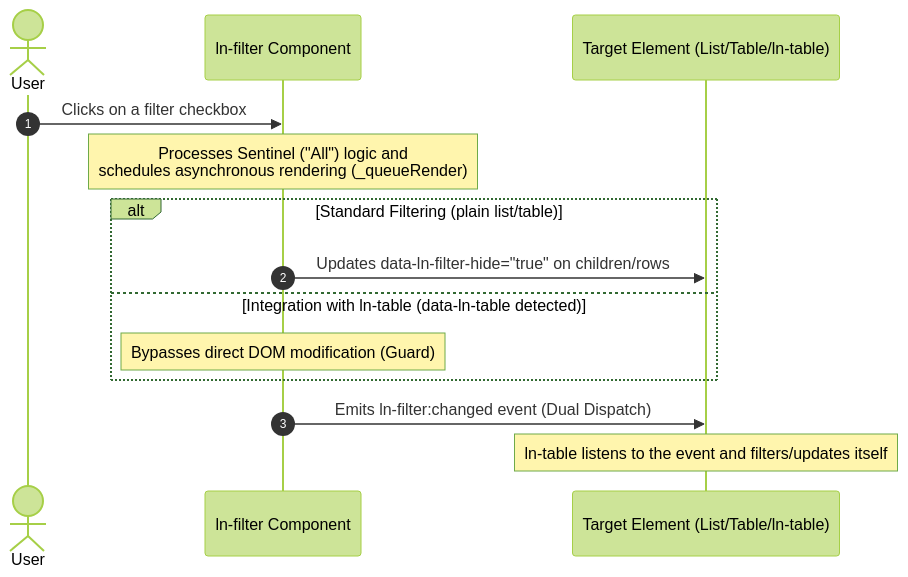
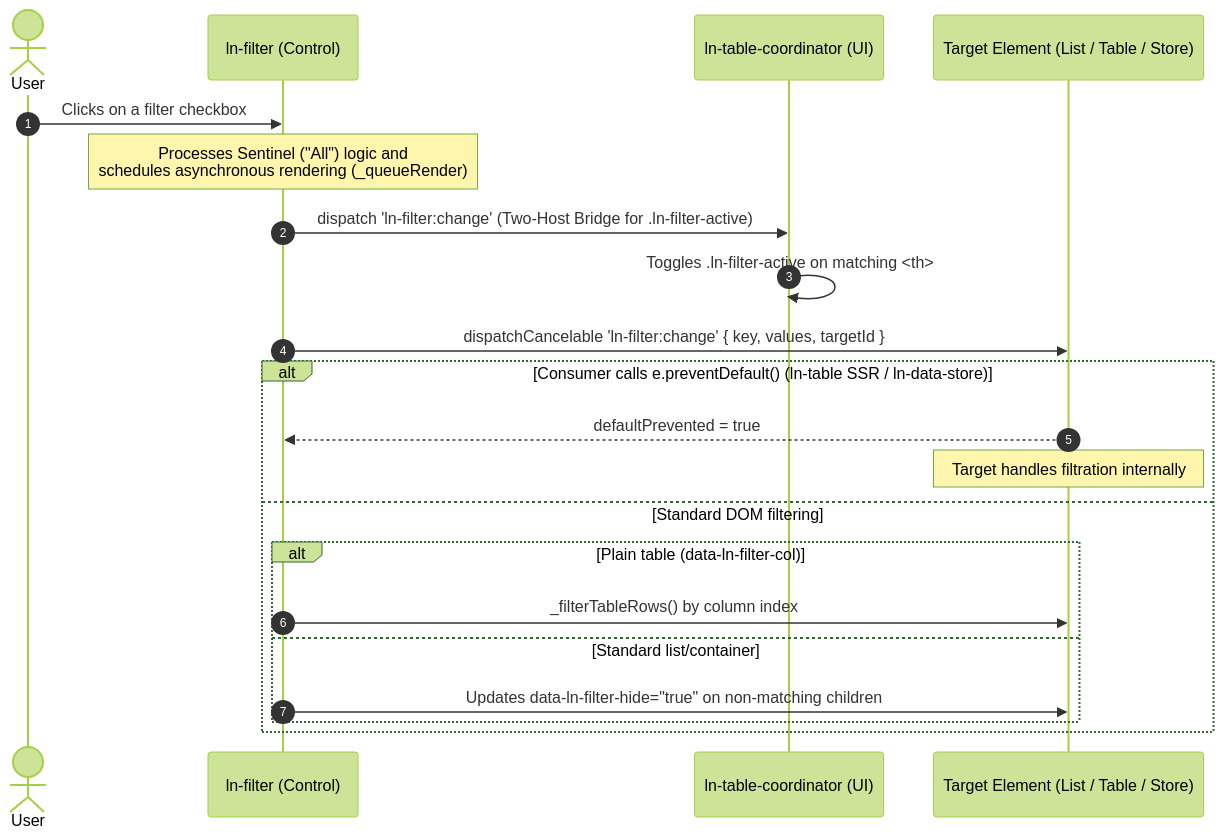
One commit to livenetworks/ln-ashlar changed the diagram in docs-mcp/components/ln-filter.md. Above: the diagram before and after it, drawn with Mermaid (forest theme). The commit also changed other lines of this file and 28 other files, not shown here.

Commit message:
refactor(ln-filter): decouple component, implement two-host bridge, and update consumers

````diff
--- a/docs-mcp/components/ln-filter.md
+++ b/docs-mcp/components/ln-filter.md
@@ -230,19 +228,26 @@
 ```mermaid
 sequenceDiagram
     autonumber
     actor User as User
-    participant Filter as ln-filter Component
-    participant Target as Target Element (List/Table/ln-table)
+    participant Filter as ln-filter (Control)
+    participant Coord as ln-table-coordinator (UI)
+    participant Target as Target Element (List / Table / Store)
 
     User->>Filter: Clicks on a filter checkbox
     Note over Filter: Processes Sentinel ("All") logic and<br/>schedules asynchronous rendering (_queueRender)
-    
-    alt Standard Filtering (plain list/table)
-        Filter->>Target: Updates data-ln-filter-hide="true" on children/rows
-    else Integration with ln-table (data-ln-table detected)
-        Note over Filter: Bypasses direct DOM modification (Guard)
+    Filter->>Coord: dispatch 'ln-filter:change' (Two-Host Bridge for .ln-filter-active)
+    Coord->>Coord: Toggles .ln-filter-active on matching <th>
+
+    Filter->>Target: dispatchCancelable 'ln-filter:change' { key, values, targetId }
+
+    alt Consumer calls e.preventDefault() (ln-table SSR / ln-data-store)
+        Target-->>Filter: defaultPrevented = true
+        Note over Target: Target handles filtration internally
+    else Standard DOM filtering
+        alt Plain table (data-ln-filter-col)
+            Filter->>Target: _filterTableRows() by column index
+        else Standard list/container
+            Filter->>Target: Updates data-ln-filter-hide="true" on non-matching children
+        end
     end
-
-    Filter->>Target: Emits ln-filter:changed event (Dual Dispatch)
-    Note over Target: ln-table listens to the event and filters/updates itself
 ```
````
